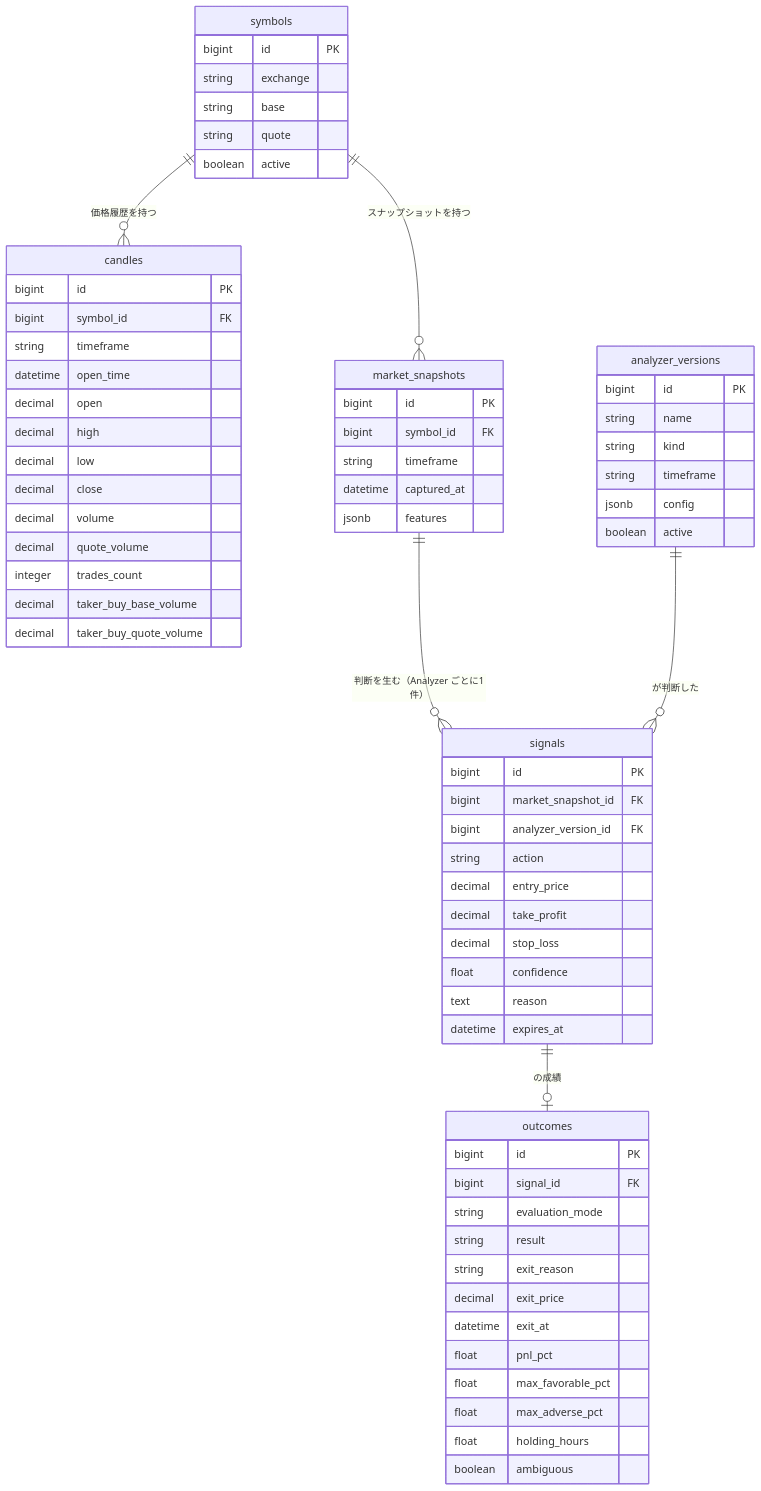
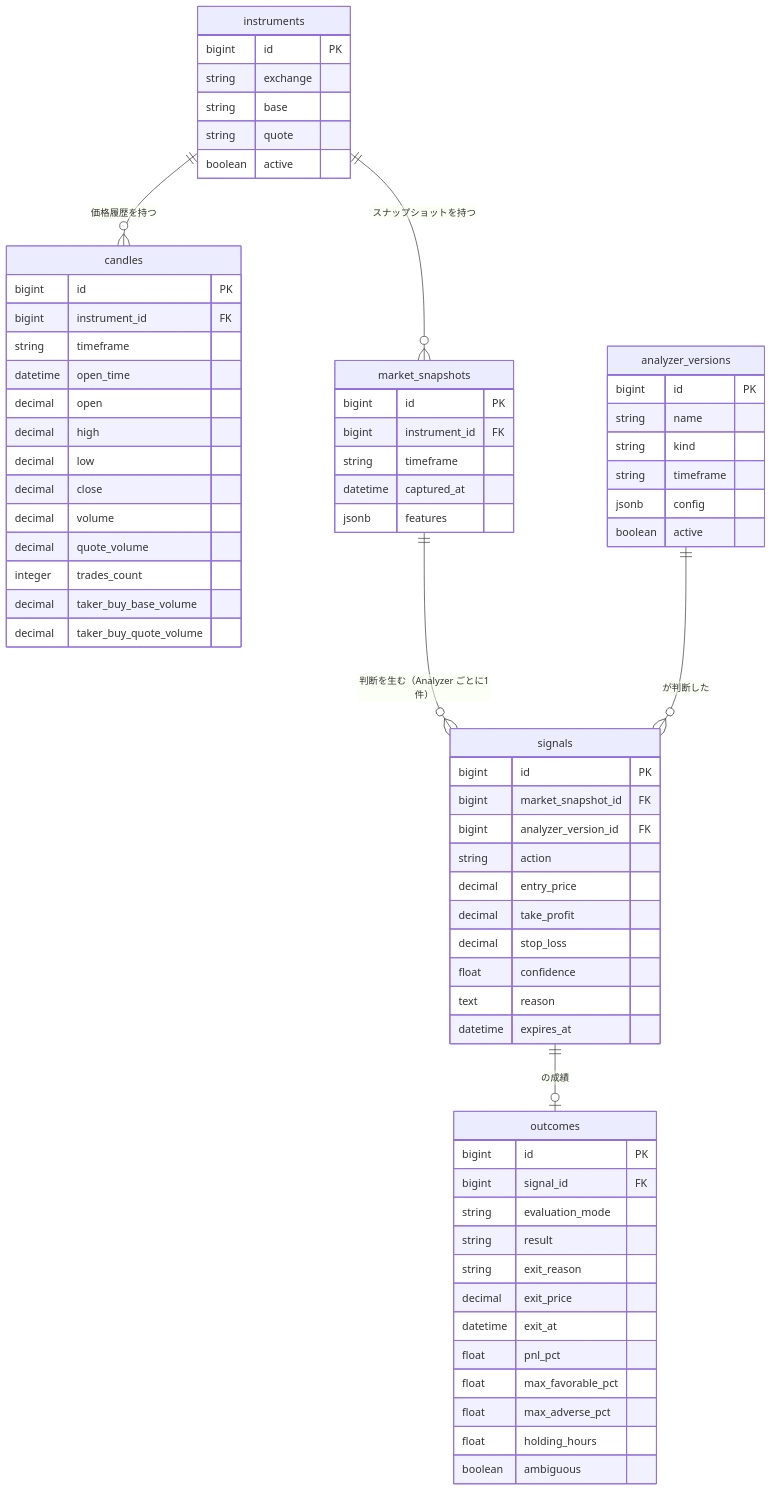
One commit to yamato-payforward/blue-pilot changed the diagram in docs/domain-model.md. Above: the diagram before and after it, drawn with Mermaid. The commit also changed other lines of this file and 18 other files, not shown here.

First line of the commit message:
Add the market data collection schema

````diff
--- a/docs/domain-model.md
+++ b/docs/domain-model.md
@@ -52,72 +52,72 @@
 ```mermaid
 erDiagram
-    symbols ||--o{ candles : "価格履歴を持つ"
-    symbols ||--o{ market_snapshots : "スナップショットを持つ"
+    instruments ||--o{ candles : "価格履歴を持つ"
+    instruments ||--o{ market_snapshots : "スナップショットを持つ"
     market_snapshots ||--o{ signals : "判断を生む（Analyzer ごとに1件）"
     analyzer_versions ||--o{ signals : "が判断した"
     signals ||--o| outcomes : "の成績"
 
-    symbols {
+    instruments {
         bigint id PK
         string exchange
         string base
         string quote
         boolean active
     }
     candles {
         bigint id PK
-        bigint symbol_id FK
+        bigint instrument_id FK
         string timeframe
         datetime open_time
         decimal open
         decimal high
         decimal low
         decimal close
         decimal volume
         decimal quote_volume
         integer trades_count
         decimal taker_buy_base_volume
         decimal taker_buy_quote_volume
     }
     market_snapshots {
         bigint id PK
-        bigint symbol_id FK
+        bigint instrument_id FK
         string timeframe
         datetime captured_at
         jsonb features
     }
     signals {
         bigint id PK
         bigint market_snapshot_id FK
         bigint analyzer_version_id FK
         string action
         decimal entry_price
         decimal take_profit
         decimal stop_loss
         float confidence
         text reason
         datetime expires_at
     }
     outcomes {
         bigint id PK
         bigint signal_id FK
         string evaluation_mode
         string result
         string exit_reason
         decimal exit_price
         datetime exit_at
         float pnl_pct
         float max_favorable_pct
         float max_adverse_pct
         float holding_hours
         boolean ambiguous
     }
     analyzer_versions {
         bigint id PK
         string name
         string kind
         string timeframe
         jsonb config
         boolean active
     }
 ```
````
